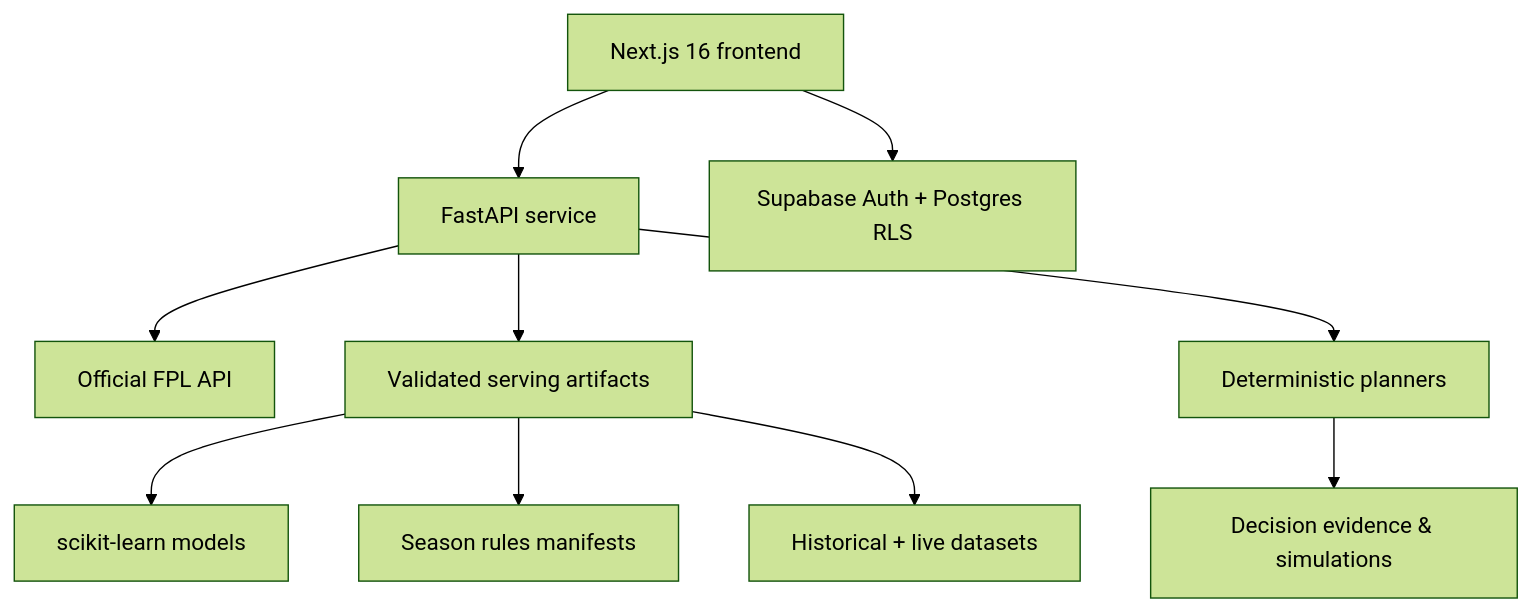
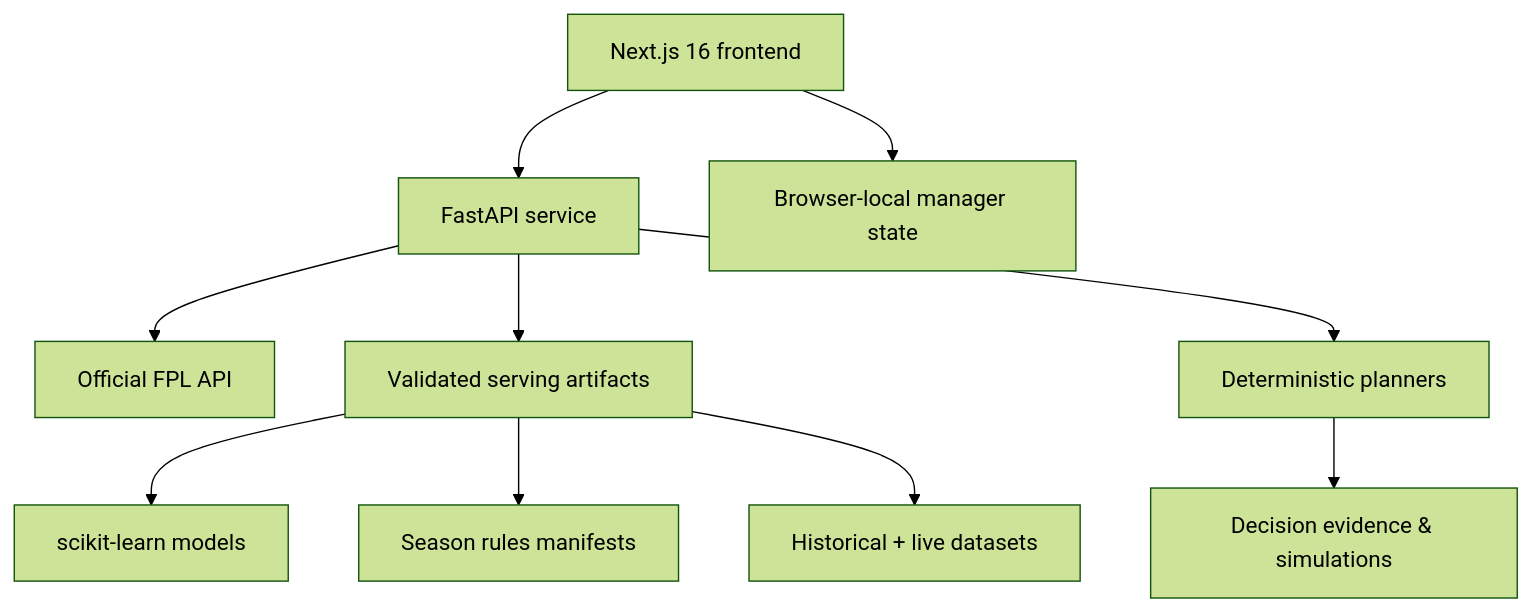
Before and after one commit to Moustafa-Ameen/squadmetric: the second of 2 diagrams in README.md, drawn with Mermaid (forest theme). The commit also changed other lines of this file and 45 other files, not shown here.

````diff
--- a/README.md
+++ b/README.md
@@ -129,12 +129,12 @@
 ```mermaid
 graph TD
     UI[Next.js 16 frontend] --> API[FastAPI service]
-    UI --> AUTH[Supabase Auth + Postgres RLS]
+    UI --> LOCAL[Browser-local manager state]
     API --> LIVE[Official FPL API]
     API --> ART[Validated serving artifacts]
     ART --> MODELS[scikit-learn models]
     ART --> RULES[Season rules manifests]
     ART --> DATA[Historical + live datasets]
     API --> OPT[Deterministic planners]
     OPT --> AUDIT[Decision evidence & simulations]
 ```
````
